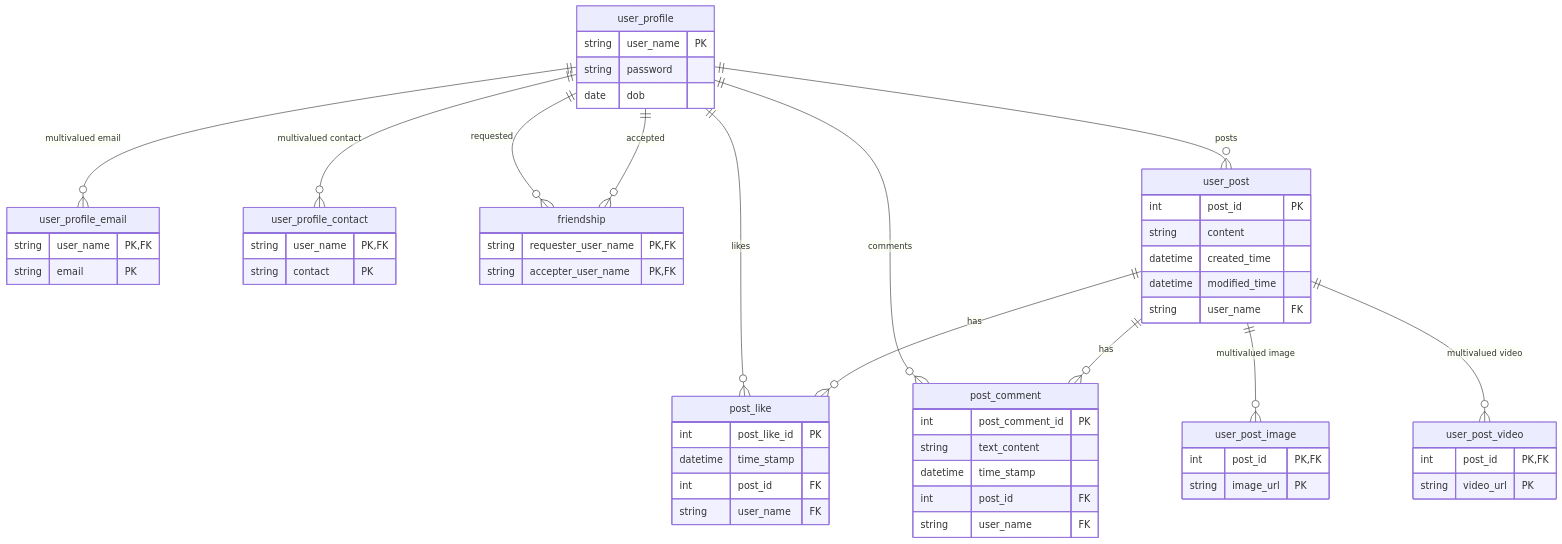
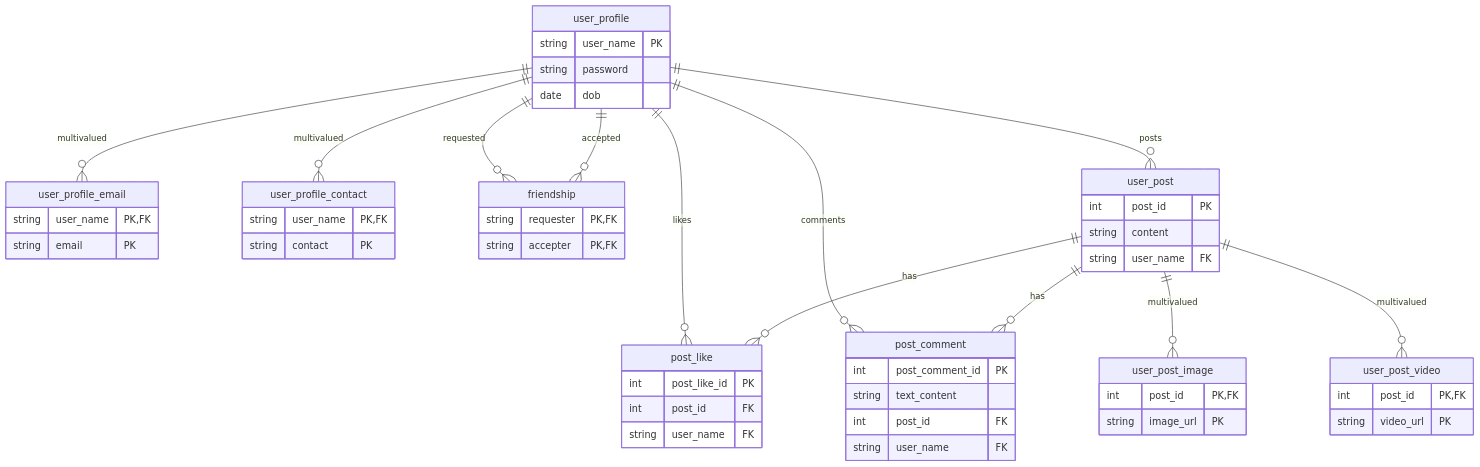
One commit to aaryan-pradhan/core-cs-fundamentals changed the ninth of 9 diagrams in dbms/08-er-to-relational.md. Above: the diagram before and after it, drawn with Mermaid. The commit also changed other lines of this file, not shown here.

````diff
--- a/dbms/08-er-to-relational.md
+++ b/dbms/08-er-to-relational.md
@@ -258,59 +142,55 @@
 ```mermaid
 erDiagram
-    user_profile ||--o{ user_profile_email : "multivalued email"
-    user_profile ||--o{ user_profile_contact : "multivalued contact"
-    user_profile ||--o{ friendship : "requested"
-    user_profile ||--o{ friendship : "accepted"
-    user_profile ||--o{ user_post : "posts"
-    user_profile ||--o{ post_like : "likes"
-    user_profile ||--o{ post_comment : "comments"
-    user_post ||--o{ post_like : "has"
-    user_post ||--o{ post_comment : "has"
-    user_post ||--o{ user_post_image : "multivalued image"
-    user_post ||--o{ user_post_video : "multivalued video"
-    user_profile {
-        string user_name PK
-        string password
-        date dob
-    }
-    user_profile_email {
-        string user_name PK, FK
-        string email PK
-    }
-    user_profile_contact {
-        string user_name PK, FK
-        string contact PK
-    }
-    friendship {
-        string requester_user_name PK, FK
-        string accepter_user_name PK, FK
-    }
-    user_post {
-        int post_id PK
-        string content
-        datetime created_time
-        datetime modified_time
-        string user_name FK
-    }
-    user_post_image {
-        int post_id PK, FK
-        string image_url PK
-    }
-    user_post_video {
-        int post_id PK, FK
-        string video_url PK
-    }
-    post_like {
-        int post_like_id PK
-        datetime time_stamp
-        int post_id FK
-        string user_name FK
-    }
-    post_comment {
-        int post_comment_id PK
-        string text_content
-        datetime time_stamp
-        int post_id FK
-        string user_name FK
-    }
+  user_profile ||--o{ user_profile_email : "multivalued"
+  user_profile ||--o{ user_profile_contact : "multivalued"
+  user_profile ||--o{ friendship : "requested"
+  user_profile ||--o{ friendship : "accepted"
+  user_profile ||--o{ user_post : "posts"
+  user_profile ||--o{ post_like : "likes"
+  user_profile ||--o{ post_comment : "comments"
+  user_post ||--o{ post_like : "has"
+  user_post ||--o{ post_comment : "has"
+  user_post ||--o{ user_post_image : "multivalued"
+  user_post ||--o{ user_post_video : "multivalued"
+  user_profile {
+    string user_name PK
+    string password
+    date dob
+  }
+  user_profile_email {
+    string user_name PK, FK
+    string email PK
+  }
+  user_profile_contact {
+    string user_name PK, FK
+    string contact PK
+  }
+  friendship {
+    string requester PK, FK
+    string accepter PK, FK
+  }
+  user_post {
+    int post_id PK
+    string content
+    string user_name FK
+  }
+  user_post_image {
+    int post_id PK, FK
+    string image_url PK
+  }
+  user_post_video {
+    int post_id PK, FK
+    string video_url PK
+  }
+  post_like {
+    int post_like_id PK
+    int post_id FK
+    string user_name FK
+  }
+  post_comment {
+    int post_comment_id PK
+    string text_content
+    int post_id FK
+    string user_name FK
+  }
 ```
````
